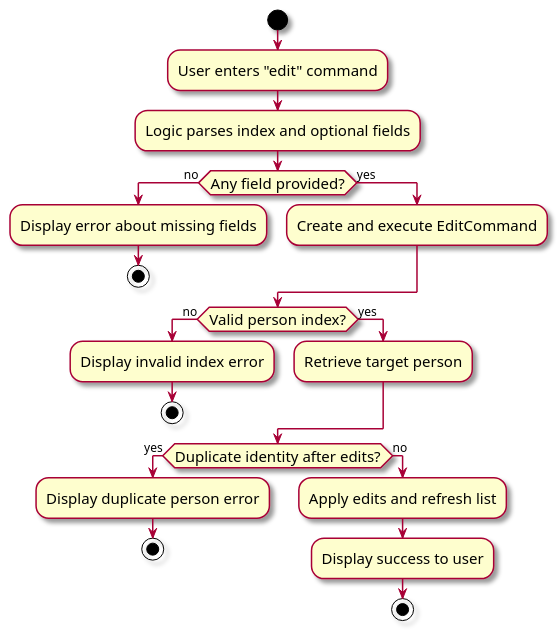
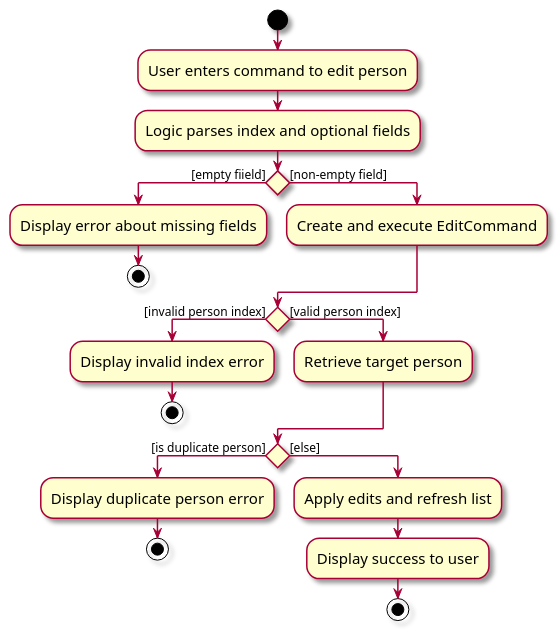
The diagram in docs/diagrams/EditCommandActivityDiagram.puml (tonyvict/tp), drawn with PlantUML before and after one commit. The commit also changed 13 other files, not shown here.

Commit message:
Add UML diagrams

```diff
--- a/docs/diagrams/EditCommandActivityDiagram.puml
+++ b/docs/diagrams/EditCommandActivityDiagram.puml
@@ -1,28 +1,28 @@
 @startuml
 skin rose
 skinparam ActivityFontSize 15
 skinparam ArrowFontSize 12
 start
-:User enters "edit" command;
+:User enters command to edit person;
 :Logic parses index and optional fields;
-if (Any field provided?) then (no)
+if () then ([empty fiield])
   :Display error about missing fields;
   stop
-else (yes)
+else ([non-empty field])
   :Create and execute EditCommand;
 endif
-if (Valid person index?) then (no)
+if () then ([invalid person index])
   :Display invalid index error;
   stop
-else (yes)
+else ([valid person index])
   :Retrieve target person;
 endif
-if (Duplicate identity after edits?) then (yes)
+if () then ([is duplicate person])
   :Display duplicate person error;
   stop
-else (no)
+else ([else])
   :Apply edits and refresh list;
   :Display success to user;
   stop
 endif
 @enduml
```
